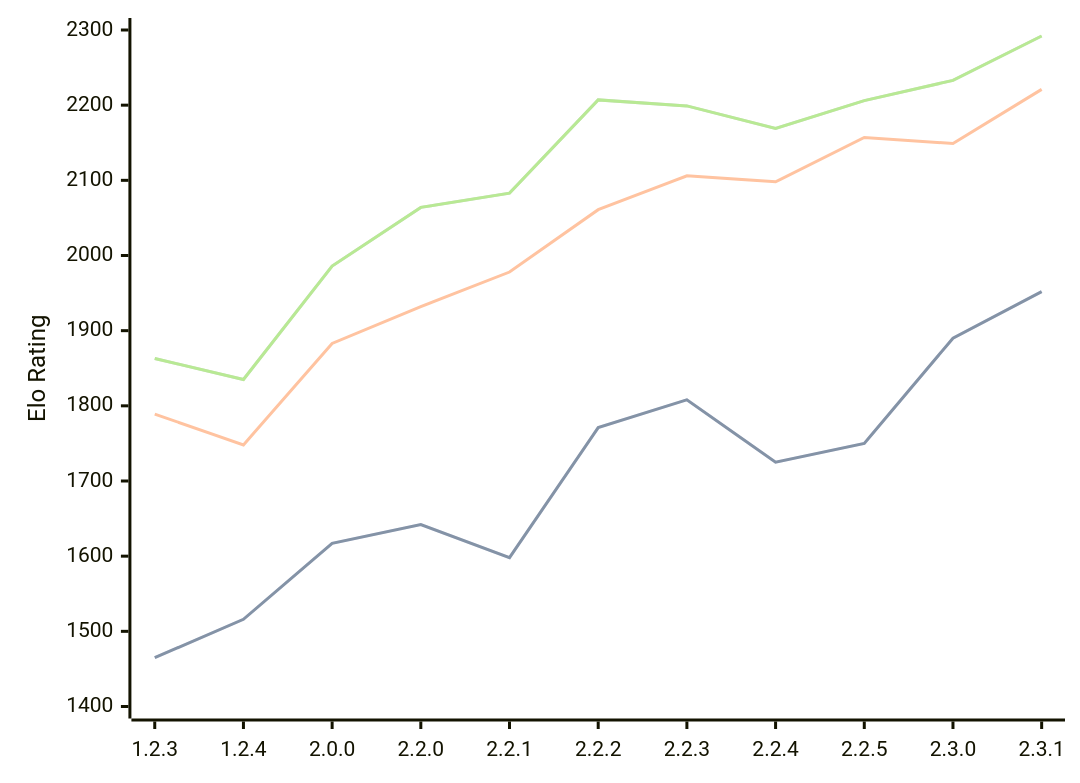
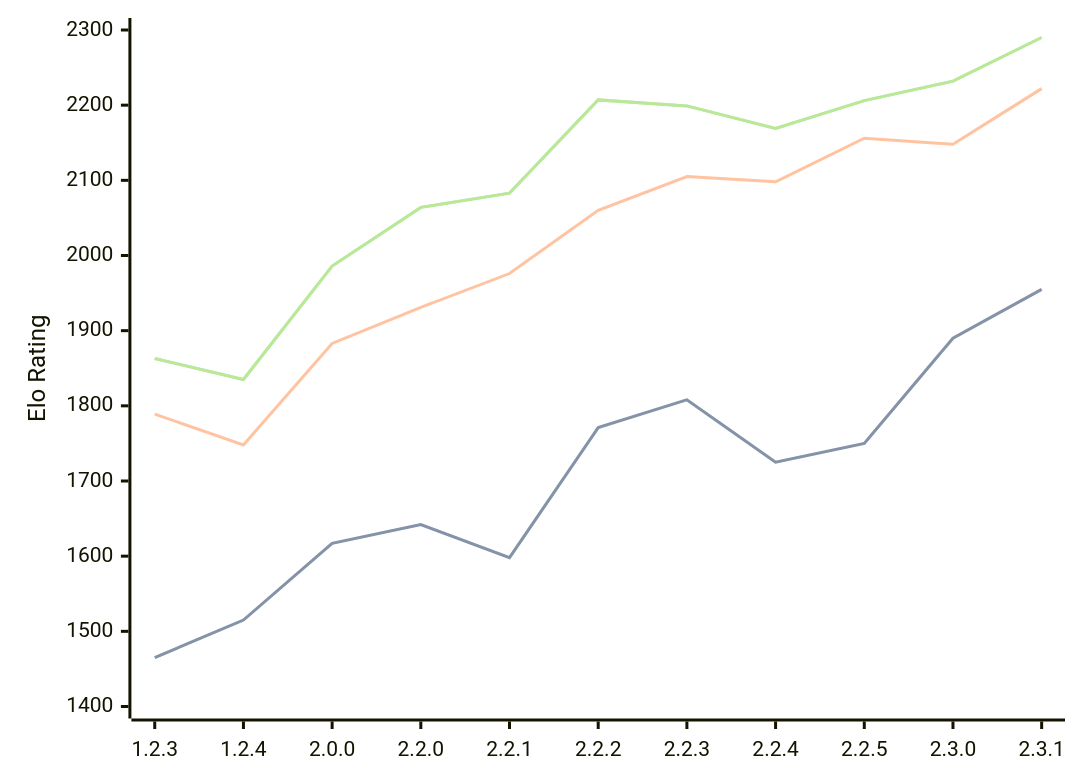
One commit to computer-chess-index/cci changed the diagram in engines/Kreveta.md. Above: the diagram before and after it, drawn with Mermaid. The commit also changed other lines of this file, not shown here.

Commit message:
Update CCI Ratings (ELO VLTC) - 2026-06-12

````diff
--- a/engines/Kreveta.md
+++ b/engines/Kreveta.md
@@ -43,11 +43,11 @@
 ```mermaid
 %%{init: {"theme":"base","themeVariables":{"seriesColors:['#a3a3a3','#222221','#faa371']}}}%%
 xychart-beta
   x-axis ["1.2.3", "1.2.4", "2.0.0", "2.2.0", "2.2.1", "2.2.2", "2.2.3", "2.2.4", "2.2.5", "2.3.0", "2.3.1"]
   y-axis "Elo Rating" 1400 --> 2300
-  line "STC (8.0+0.08s)" [1465, 1516, 1617, 1642, 1598, 1771, 1808, 1725, 1750, 1890, 1952]
-  line "STC (8.0+0.08s)" [1465, 1516, 1617, 1642, 1598, 1771, 1808, 1725, 1750, 1890, 1952]
-  line "LTC (60.0+0.60s)" [1789, 1748, 1883, 1932, 1978, 2061, 2106, 2098, 2157, 2149, 2221]
-  line "VLTC (2m24s+1.12s)" [1863, 1835, 1986, 2064, 2083, 2207, 2199, 2169, 2206, 2233, 2292]
-  line "VLTC (2m24s+1.12s)" [1863, 1835, 1986, 2064, 2083, 2207, 2199, 2169, 2206, 2233, 2292]
+  line "STC (8.0+0.08s)" [1465, 1515, 1617, 1642, 1598, 1771, 1808, 1725, 1750, 1890, 1955]
+  line "STC (8.0+0.08s)" [1465, 1515, 1617, 1642, 1598, 1771, 1808, 1725, 1750, 1890, 1955]
+  line "LTC (60.0+0.60s)" [1789, 1748, 1883, 1931, 1976, 2060, 2105, 2098, 2156, 2148, 2222]
+  line "VLTC (2m24s+1.12s)" [1863, 1835, 1986, 2064, 2083, 2207, 2199, 2169, 2206, 2232, 2290]
+  line "VLTC (2m24s+1.12s)" [1863, 1835, 1986, 2064, 2083, 2207, 2199, 2169, 2206, 2232, 2290]
 ```
````
